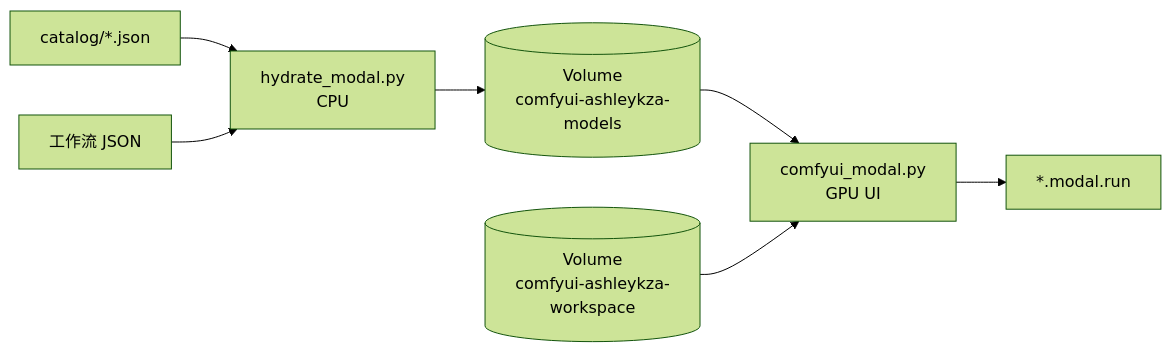
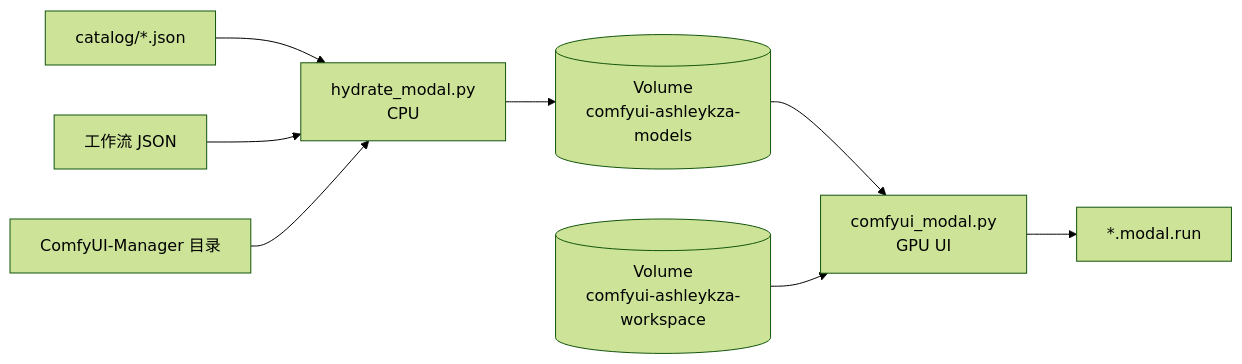
Before and after one commit to xiaoqianran/modal-ashleykza-comfyui: the diagram in docs/guide/concepts.md, drawn with Mermaid (forest theme). The commit also changed other lines of this file and 20 other files, not shown here.

First line of the commit message:
feat: 用 ComfyUI-Manager 目录和 CPU ComfyUI 探测缺模型和插件

````diff
--- a/docs/guide/concepts.md
+++ b/docs/guide/concepts.md
@@ -5,10 +5,11 @@
 ```mermaid
 flowchart LR
   CAT[catalog/*.json] --> HY[hydrate_modal.py<br/>CPU]
   WF[工作流 JSON] --> HY
+  MGR[ComfyUI-Manager 目录] --> HY
   HY --> VOL[(Volume<br/>comfyui-ashleykza-models)]
   WS[(Volume<br/>comfyui-ashleykza-workspace)]
   VOL --> GPU[comfyui_modal.py<br/>GPU UI]
   WS --> GPU
   GPU --> WEB[*.modal.run]
 ```
````
